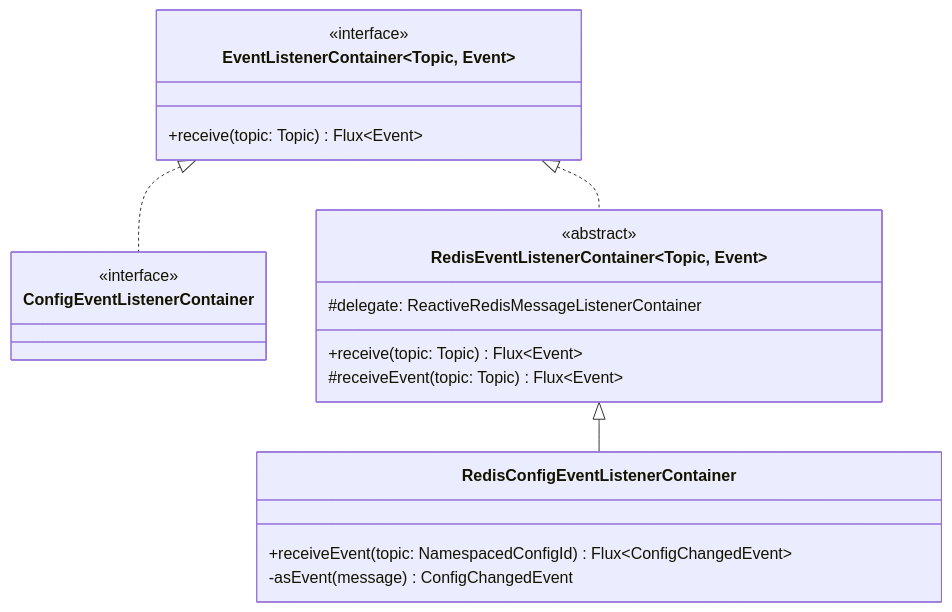
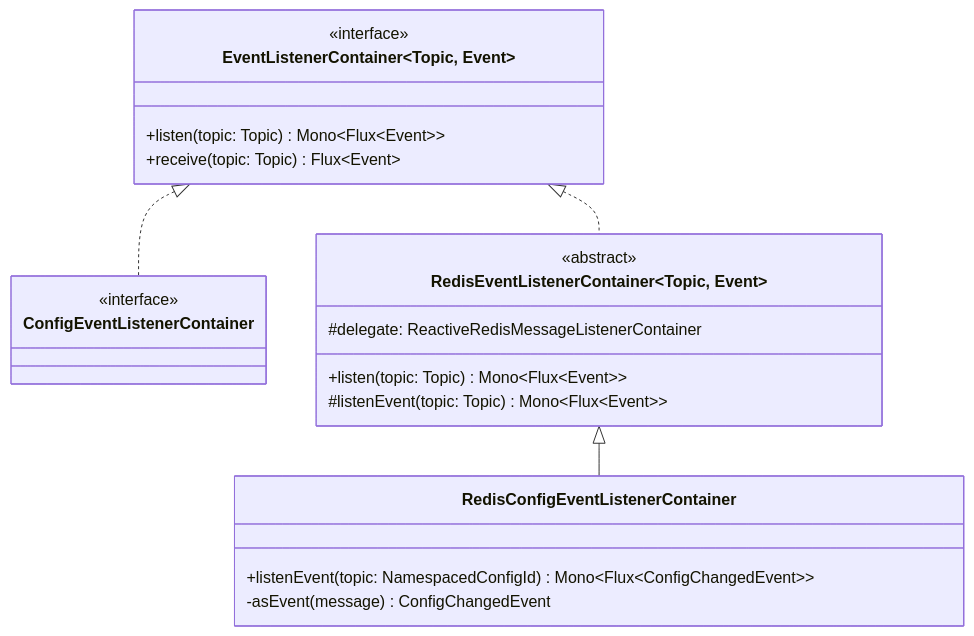
The fifth of 7 diagrams in wiki/guide/config-consistency.md (Ahoo-Wang/CoSky), drawn with Mermaid before and after one commit. The commit also changed other lines of this file and 35 other files, not shown here.

````diff
--- a/wiki/guide/config-consistency.md
+++ b/wiki/guide/config-consistency.md
@@ -173,27 +177,28 @@
 ```mermaid
 classDiagram
     class EventListenerContainer~Topic, Event~ {
         <<interface>>
+        +listen(topic: Topic) Mono~Flux~Event~~
         +receive(topic: Topic) Flux~Event~
     }
 
     class ConfigEventListenerContainer {
         <<interface>>
     }
 
     class RedisEventListenerContainer~Topic, Event~ {
         <<abstract>>
         #delegate: ReactiveRedisMessageListenerContainer
-        +receive(topic: Topic) Flux~Event~
-        #receiveEvent(topic: Topic) Flux~Event~
+        +listen(topic: Topic) Mono~Flux~Event~~
+        #listenEvent(topic: Topic) Mono~Flux~Event~~
     }
 
     class RedisConfigEventListenerContainer {
-        +receiveEvent(topic: NamespacedConfigId) Flux~ConfigChangedEvent~
+        +listenEvent(topic: NamespacedConfigId) Mono~Flux~ConfigChangedEvent~~
         -asEvent(message) ConfigChangedEvent
     }
 
     EventListenerContainer <|.. ConfigEventListenerContainer
     EventListenerContainer <|.. RedisEventListenerContainer
     RedisEventListenerContainer <|-- RedisConfigEventListenerContainer
 ```
````
